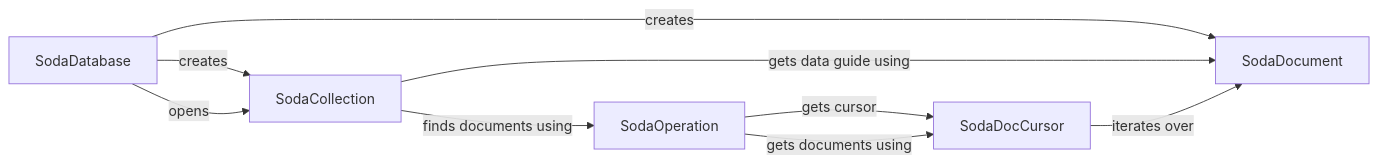
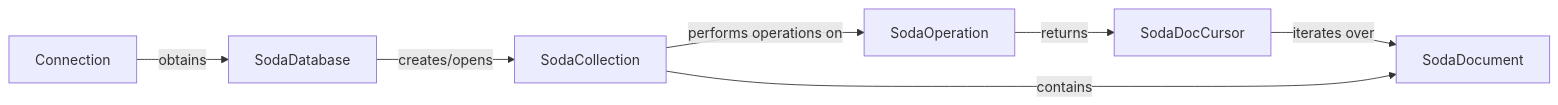
Before and after one commit to CodeBoarding/GeneratedOnBoardings: the diagram in python-oracledb/SODA (Simple Oracle Document Access).md, drawn with Mermaid. The commit also changed other lines of this file and 10 other files, not shown here.

````diff
--- a/python-oracledb/SODA (Simple Oracle Document Access).md
+++ b/python-oracledb/SODA (Simple Oracle Document Access).md
@@ -1,16 +1,15 @@
 ```mermaid
 graph LR
+    Connection["Connection"]
     SodaDatabase["SodaDatabase"]
     SodaCollection["SodaCollection"]
-    SodaDocument["SodaDocument"]
     SodaOperation["SodaOperation"]
     SodaDocCursor["SodaDocCursor"]
-    SodaDatabase -- "creates" --> SodaCollection
-    SodaDatabase -- "creates" --> SodaDocument
-    SodaDatabase -- "opens" --> SodaCollection
-    SodaCollection -- "finds documents using" --> SodaOperation
-    SodaCollection -- "gets data guide using" --> SodaDocument
+    SodaDocument["SodaDocument"]
+    Connection -- "obtains" --> SodaDatabase
+    SodaDatabase -- "creates/opens" --> SodaCollection
+    SodaCollection -- "performs operations on" --> SodaOperation
+    SodaOperation -- "returns" --> SodaDocCursor
     SodaDocCursor -- "iterates over" --> SodaDocument
-    SodaOperation -- "gets cursor" --> SodaDocCursor
-    SodaOperation -- "gets documents using" --> SodaDocCursor
+    SodaCollection -- "contains" --> SodaDocument
 ```
````
